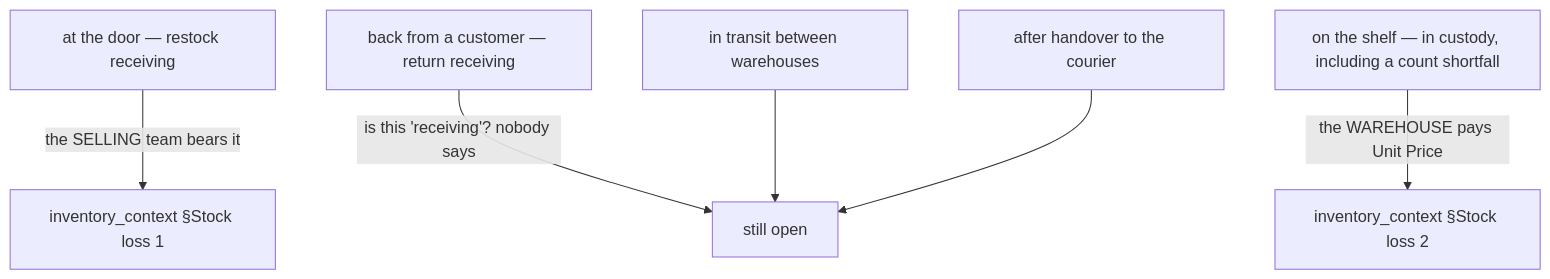
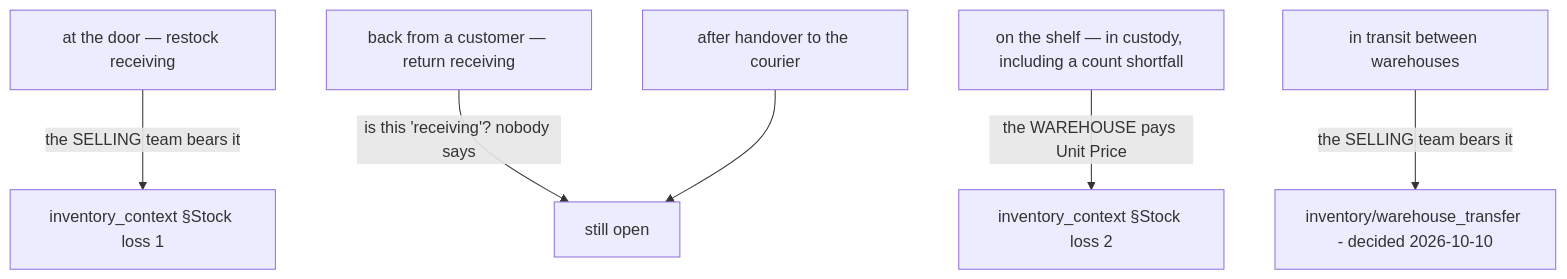
One commit to pdcgo/warehouse_revamp changed the second of 5 diagrams in docs/business/business_level_clarify.md. Above: the diagram before and after it, drawn with Mermaid. The commit also changed other lines of this file and 11 other files, not shown here.

First line of the commit message:
docs(inventory): warehouse transfer fully decided, placement Q6 answered

````diff
--- a/docs/business/business_level_clarify.md
+++ b/docs/business/business_level_clarify.md
@@ -137,8 +137,8 @@
 ```mermaid
 flowchart TB
   R["at the door — restock receiving"] -->|"the SELLING team bears it"| S1["inventory_context §Stock loss 1"]
   B["back from a customer — return receiving"] -->|"is this 'receiving'? nobody says"| U["still open"]
   C["on the shelf — in custody, including a count shortfall"] -->|"the WAREHOUSE pays Unit Price"| S2["inventory_context §Stock loss 2"]
-  T["in transit between warehouses"] --> U
+  T["in transit between warehouses"] -->|"the SELLING team bears it"| S3["inventory/warehouse_transfer - decided 2026-10-10"]
   H["after handover to the courier"] --> U
 ```
````
